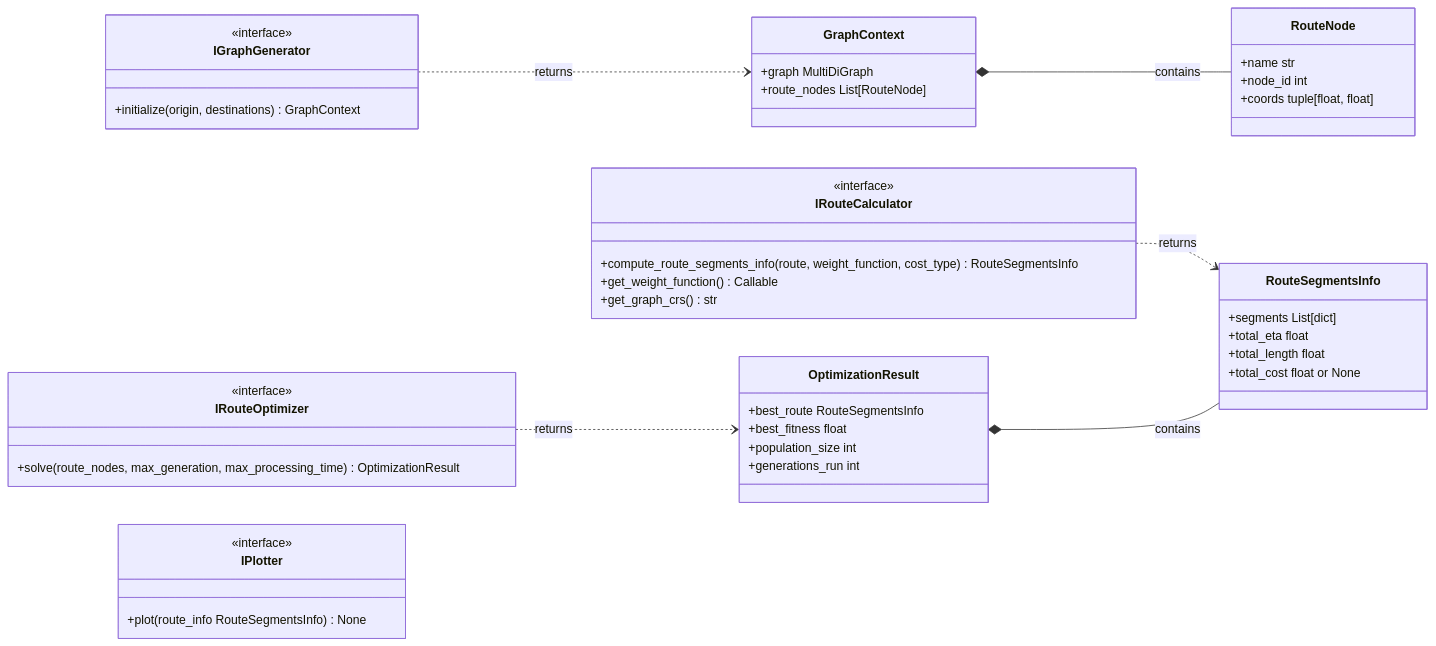
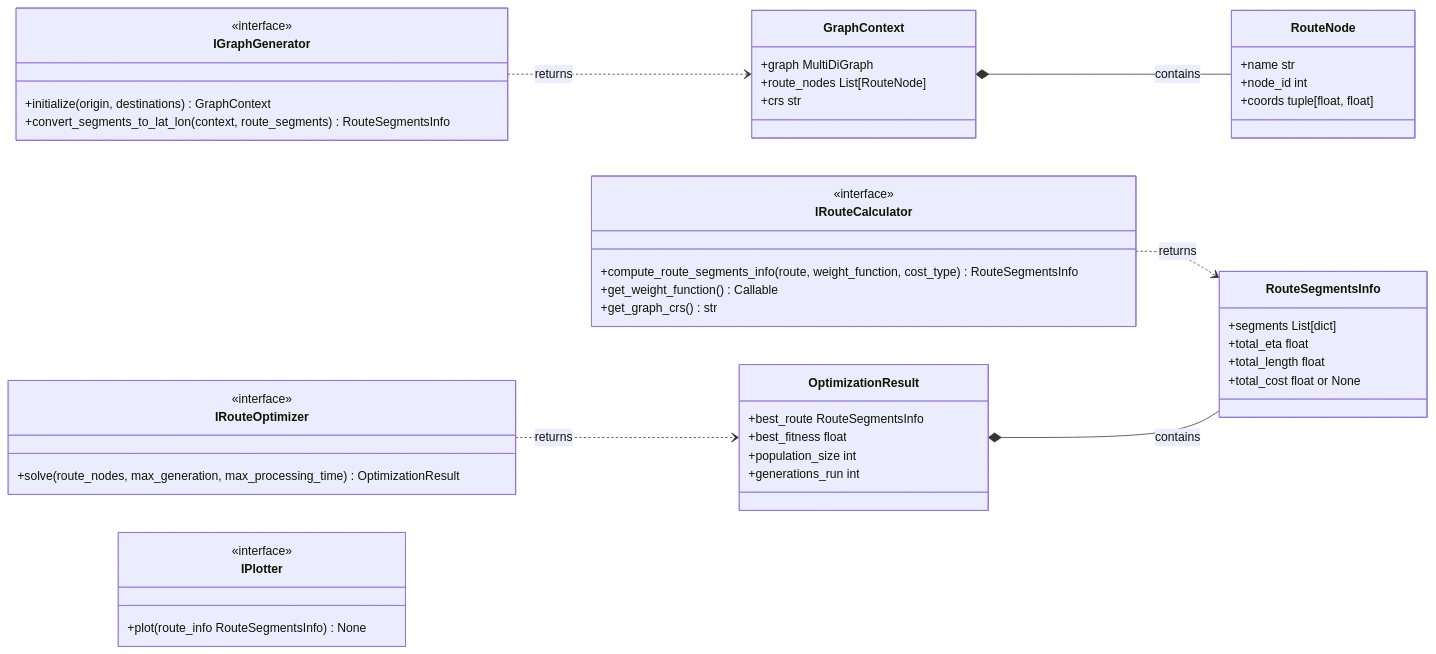
The first of 3 diagrams in architecture.md (luizaaca/api_best_route), drawn with Mermaid before and after one commit. The commit also changed other lines of this file and 12 other files, not shown here.

Commit message:
feat: Update README and architecture documentation, enhance RouteOptimizationService with segment conversion, and improve route calculation logic

````diff
--- a/architecture.md
+++ b/architecture.md
@@ -114,57 +114,59 @@
 ```mermaid
 classDiagram
     direction LR
 
     class IGraphGenerator {
         <<interface>>
         +initialize(origin, destinations) GraphContext
+        +convert_segments_to_lat_lon(context, route_segments) RouteSegmentsInfo
     }
 
     class IRouteCalculator {
         <<interface>>
         +compute_route_segments_info(route, weight_function, cost_type) RouteSegmentsInfo
         +get_weight_function() Callable
         +get_graph_crs() str
     }
 
     class IRouteOptimizer {
         <<interface>>
         +solve(route_nodes, max_generation, max_processing_time) OptimizationResult
     }
 
     class IPlotter {
         <<interface>>
         +plot(route_info RouteSegmentsInfo) None
     }
 
     class RouteNode {
         +name str
         +node_id int
         +coords tuple[float, float]
     }
 
     class GraphContext {
         +graph MultiDiGraph
         +route_nodes List[RouteNode]
+        +crs str
     }
 
     class RouteSegmentsInfo {
         +segments List[dict]
         +total_eta float
         +total_length float
         +total_cost float or None
     }
 
     class OptimizationResult {
         +best_route RouteSegmentsInfo
         +best_fitness float
         +population_size int
         +generations_run int
     }
 
     IGraphGenerator ..> GraphContext : returns
     IRouteCalculator ..> RouteSegmentsInfo : returns
     IRouteOptimizer ..> OptimizationResult : returns
     GraphContext *-- RouteNode : contains
     OptimizationResult *-- RouteSegmentsInfo : contains
 ```
````
